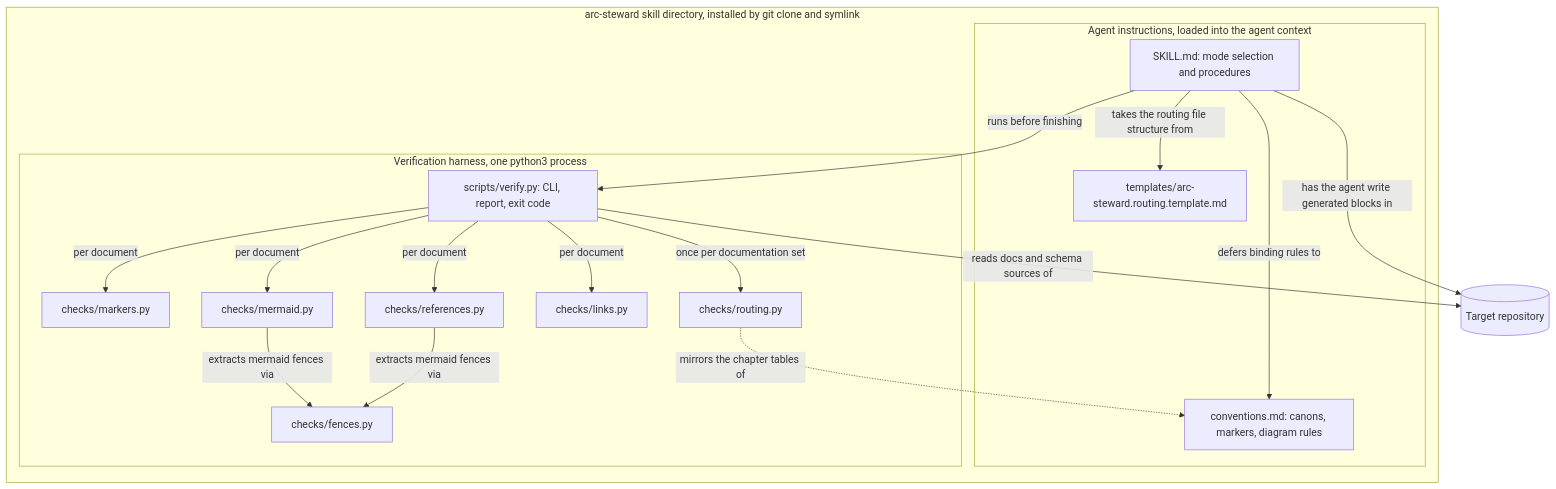
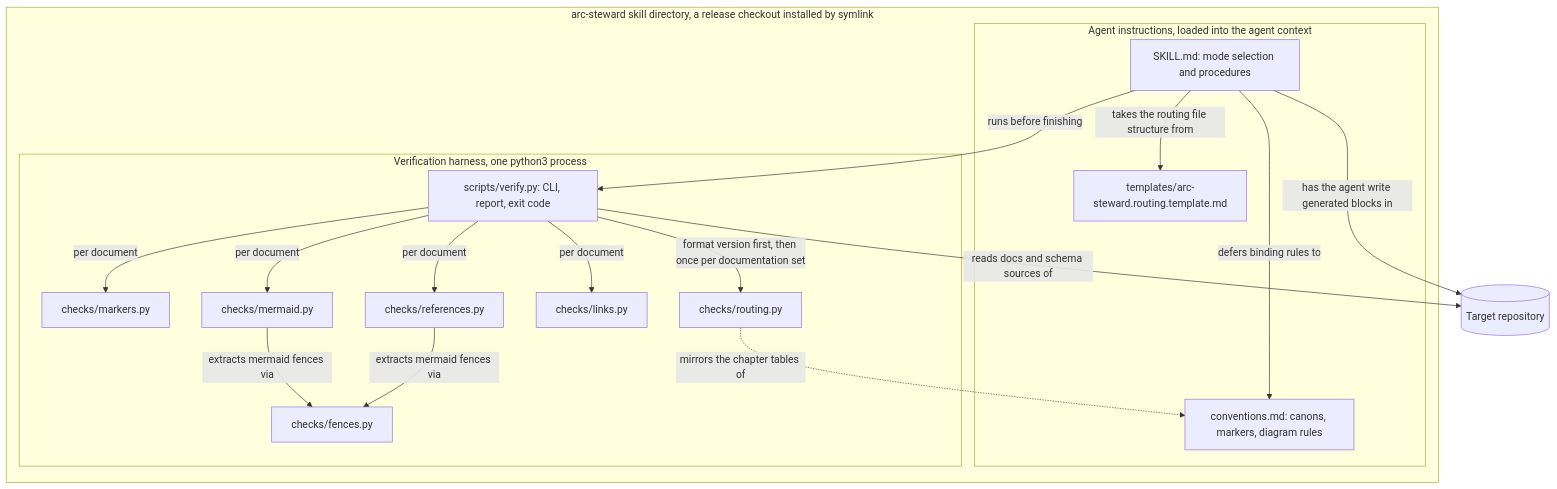
One commit to robertfoobar/arc-steward changed the first of 3 diagrams in docs/architecture/06-software-architecture.md. Above: the diagram before and after it, drawn with Mermaid. The commit also changed other lines of this file and 24 other files, not shown here.

````diff
--- a/docs/architecture/06-software-architecture.md
+++ b/docs/architecture/06-software-architecture.md
@@ -12,33 +12,33 @@
 ```mermaid
 flowchart TD
-  subgraph SkillDir["arc-steward skill directory, installed by git clone and symlink"]
+  subgraph SkillDir["arc-steward skill directory, a release checkout installed by symlink"]
     subgraph Instructions["Agent instructions, loaded into the agent context"]
       Skill["SKILL.md: mode selection and procedures"]
       Conventions["conventions.md: canons, markers, diagram rules"]
       Template["templates/arc-steward.routing.template.md"]
     end
     subgraph Harness["Verification harness, one python3 process"]
       Verify["scripts/verify.py: CLI, report, exit code"]
       Markers["checks/markers.py"]
       Mermaid["checks/mermaid.py"]
       References["checks/references.py"]
       Links["checks/links.py"]
       Routing["checks/routing.py"]
       Fences["checks/fences.py"]
     end
   end
   Target[("Target repository")]
   Skill -->|defers binding rules to| Conventions
   Skill -->|takes the routing file structure from| Template
   Skill -->|runs before finishing| Verify
   Skill -->|has the agent write generated blocks in| Target
   Verify -->|reads docs and schema sources of| Target
   Verify -->|per document| Markers
   Verify -->|per document| Mermaid
   Verify -->|per document| References
   Verify -->|per document| Links
-  Verify -->|once per documentation set| Routing
+  Verify -->|format version first, then once per documentation set| Routing
   Mermaid -->|extracts mermaid fences via| Fences
   References -->|extracts mermaid fences via| Fences
   Routing -.->|mirrors the chapter tables of| Conventions
 ```
````
